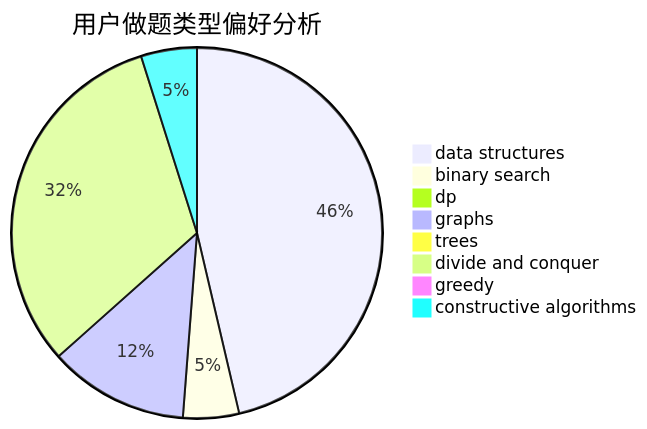
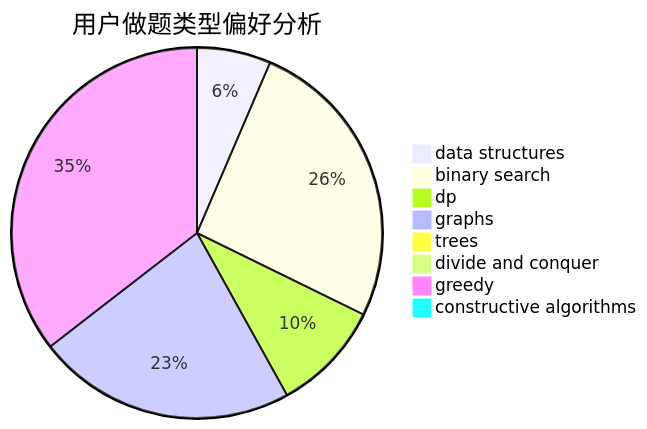
One commit to sherpahu/cfrs.github.io changed the second of 3 diagrams in docs/user/u1176.md. Above: the diagram before and after it, drawn with Mermaid. The commit also changed other lines of this file and 2770 other files, not shown here.

````diff
--- a/docs/user/u1176.md
+++ b/docs/user/u1176.md
@@ -23,11 +23,11 @@
 ```mermaid
 pie title 用户做题类型偏好分析
-    "data structures" :  19
-    "binary search" :  2
-    "dp" :  0
-    "graphs" :  5
+    "data structures" :  2
+    "binary search" :  8
+    "dp" :  3
+    "graphs" :  7
     "trees" :  0
-    "divide and conquer" :  13
-    "greedy" :  0
-    "constructive algorithms" :  2
+    "divide and conquer" :  0
+    "greedy" :  11
+    "constructive algorithms" :  0
 ```
````
